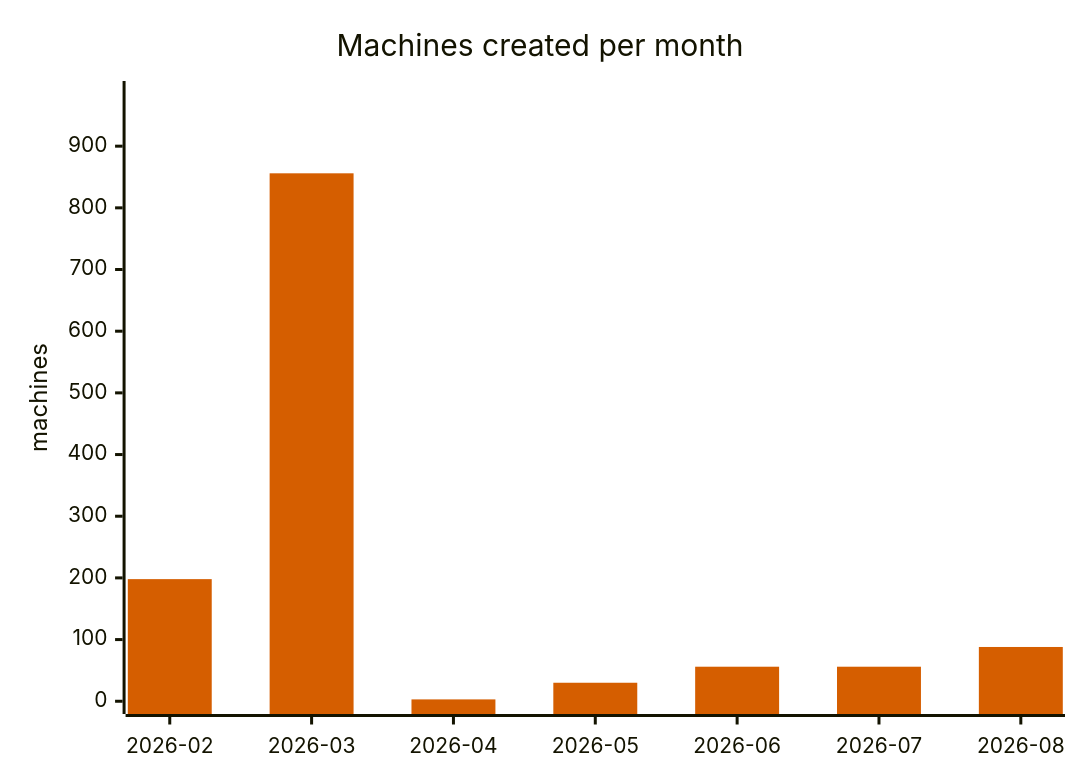
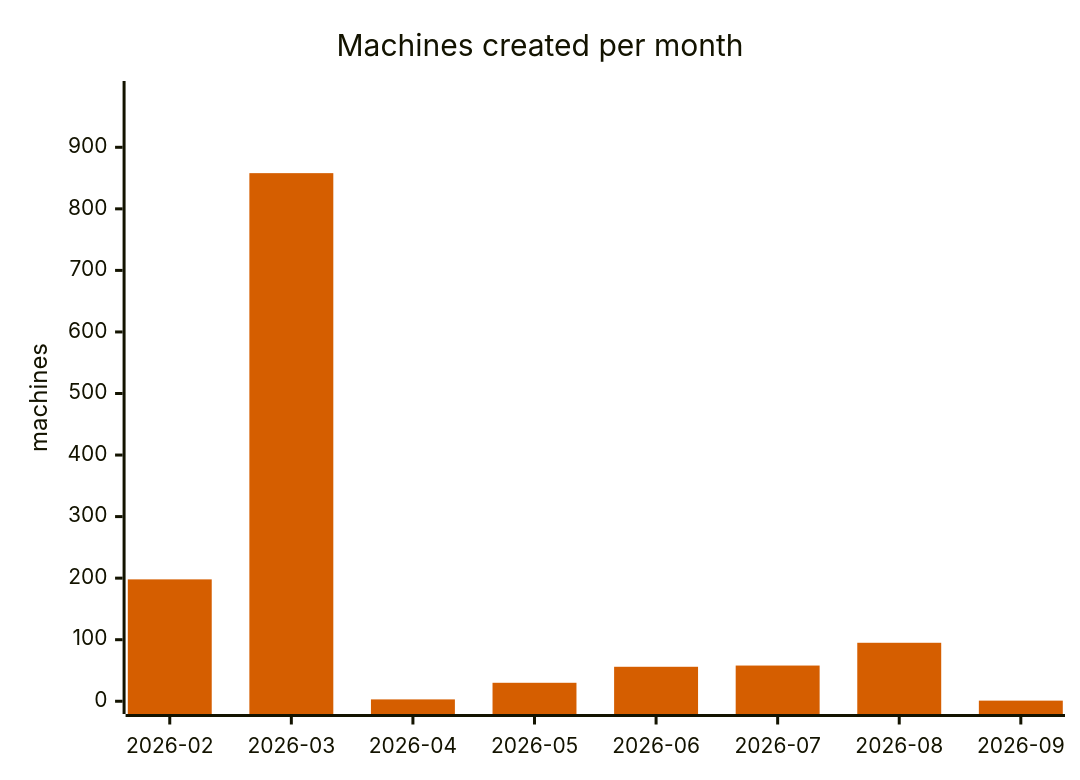
Before and after one commit to cheeaun/returnright-data: the fifth of 7 diagrams in ANALYSIS.md, drawn with Mermaid. The commit also changed other lines of this file and 3 other files, not shown here.

````diff
--- a/ANALYSIS.md
+++ b/ANALYSIS.md
@@ -223,13 +224,13 @@
 ```mermaid
 ---
 config:
   themeVariables:
     xyChart:
       plotColorPalette: "#D55E00"
 ---
 xychart-beta
     title "Machines created per month"
-    x-axis ["2026-02", "2026-03", "2026-04", "2026-05", "2026-06", "2026-07", "2026-08"]
-    y-axis "machines" 0 --> 985
-    bar [198, 856, 3, 30, 56, 56, 88]
+    x-axis ["2026-02", "2026-03", "2026-04", "2026-05", "2026-06", "2026-07", "2026-08", "2026-09"]
+    y-axis "machines" 0 --> 987
+    bar [198, 858, 3, 30, 56, 58, 95, 1]
 ```
````
